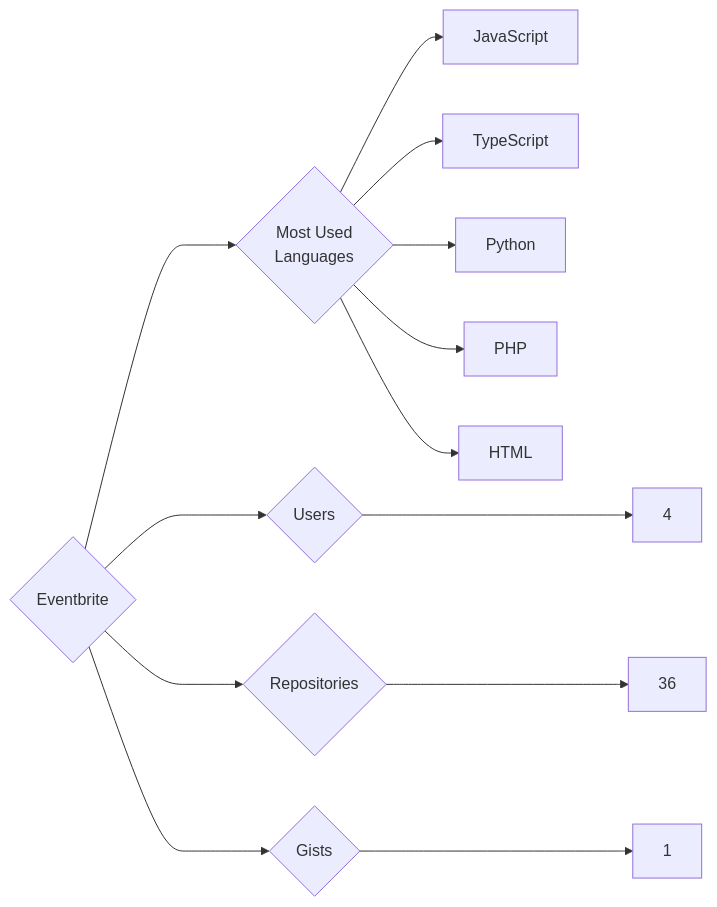
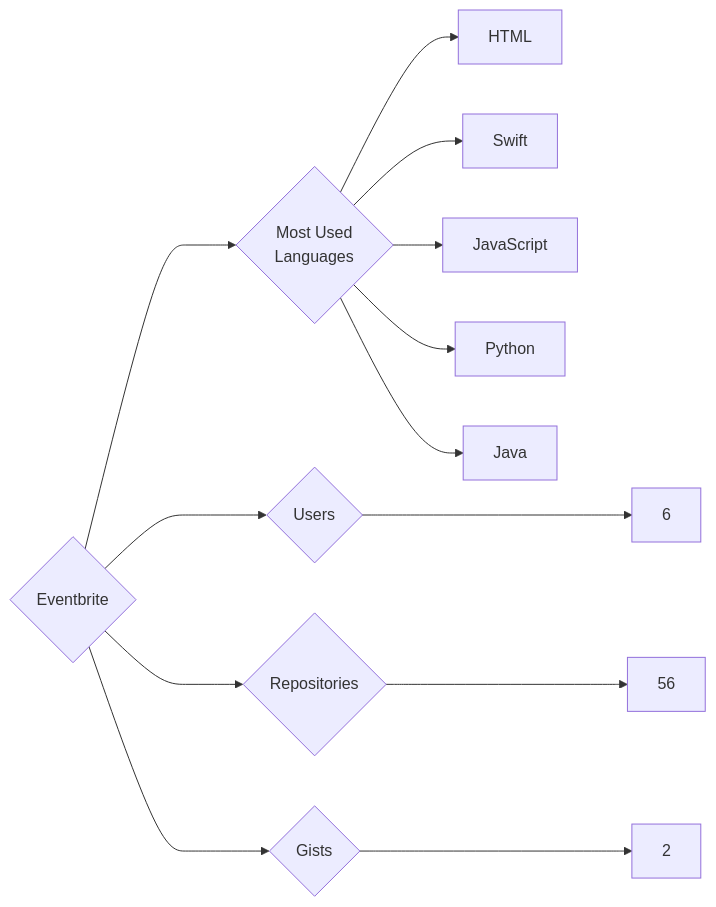
The diagram in targets/Eventbrite/README.md (trickest/insiders), drawn with Mermaid before and after one commit. The commit also changed 894 other files, not shown here.

````diff
--- a/targets/Eventbrite/README.md
+++ b/targets/Eventbrite/README.md
@@ -3,13 +3,13 @@
 ```mermaid
 graph LR
 COMPANY_NAME{Eventbrite}
-COMPANY_NAME ---> U{Users} ---> UN[4]
-COMPANY_NAME ---> R{Repositories} ---> RN[36]
-COMPANY_NAME ---> G{Gists} ---> GN[1]
+COMPANY_NAME ---> U{Users} ---> UN[6]
+COMPANY_NAME ---> R{Repositories} ---> RN[56]
+COMPANY_NAME ---> G{Gists} ---> GN[2]
 COMPANY_NAME ---> ML{Most Used<br>Languages}
+ML --> HTML[HTML]
+ML --> Swift[Swift]
 ML --> JavaScript[JavaScript]
-ML --> TypeScript[TypeScript]
 ML --> Python[Python]
-ML --> PHP[PHP]
-ML --> HTML[HTML]
+ML --> Java[Java]
 ```
````
